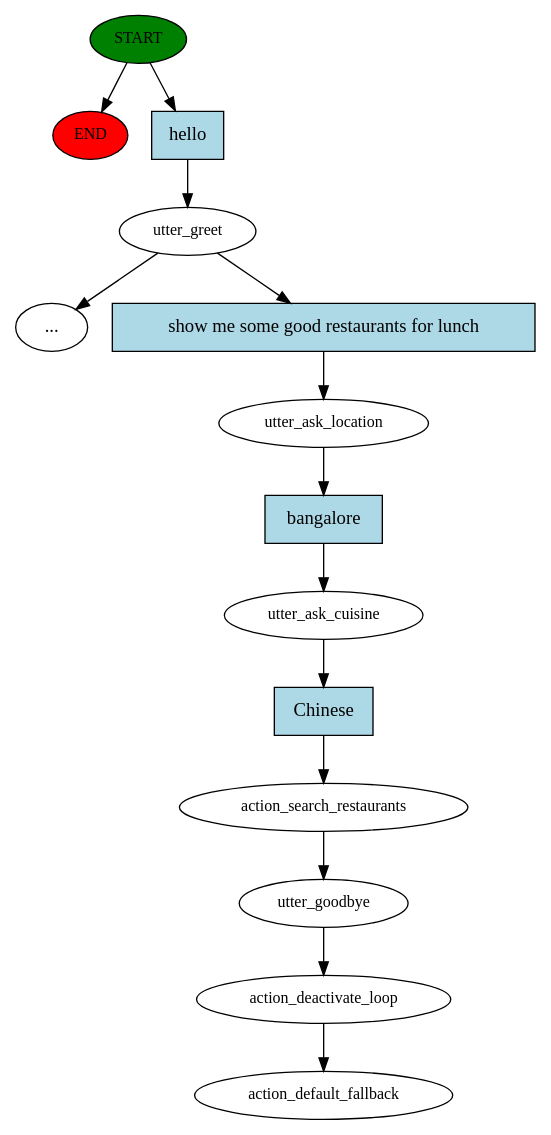
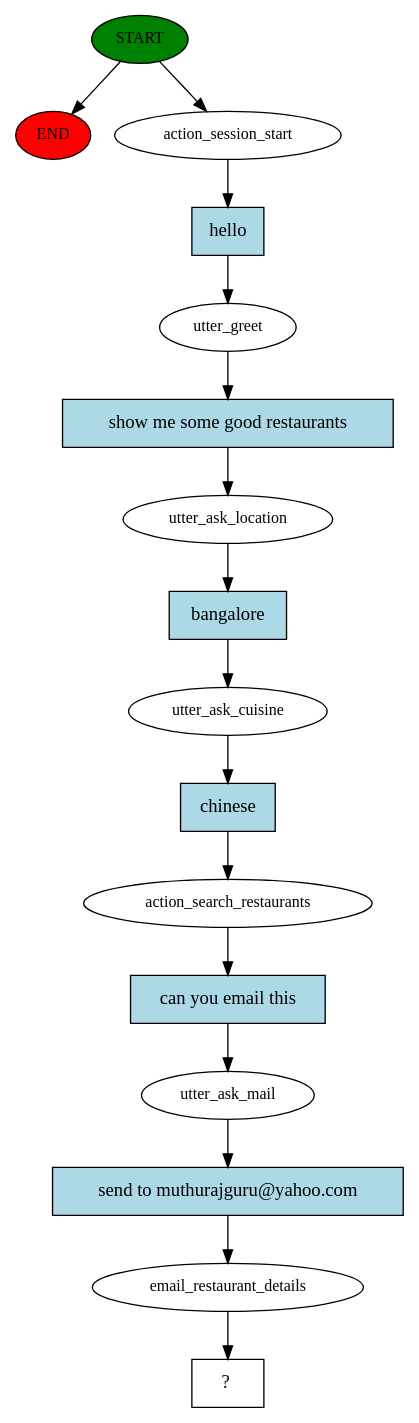
One commit to Kumaraguru-Muthuraj/_AIML_Code changed the diagram in _PythonNotebooks/_Course5_NLP/Rasa/Rasa_basic_folder/story_graph.dot. Above: the diagram before and after it, drawn with Graphviz. The commit also changed 23 other files, not shown here.

```diff
--- a/_PythonNotebooks/_Course5_NLP/Rasa/Rasa_basic_folder/story_graph.dot
+++ b/_PythonNotebooks/_Course5_NLP/Rasa/Rasa_basic_folder/story_graph.dot
@@ -1,29 +1,33 @@
 digraph  {
 0 [class="start active", fillcolor=green, fontsize=12, label=START, style=filled];
 "-1" [class=end, fillcolor=red, fontsize=12, label=END, style=filled];
-1 [class=active, fontsize=12, label=utter_greet];
-"-3" [class=ellipsis, label="..."];
+1 [class=active, fontsize=12, label=action_session_start];
+2 [class=active, fontsize=12, label=utter_greet];
 3 [class=active, fontsize=12, label=utter_ask_location];
 4 [class=active, fontsize=12, label=utter_ask_cuisine];
 5 [class=active, fontsize=12, label=action_search_restaurants];
-6 [class=active, fontsize=12, label=utter_goodbye];
-7 [class=active, fontsize=12, label=action_deactivate_loop];
-8 [class="dashed active", fontsize=12, label=action_default_fallback];
+6 [class=active, fontsize=12, label=utter_ask_mail];
+7 [class=active, fontsize=12, label=email_restaurant_details];
+8 [class="intent dashed active", label="  ?  ", shape=rect];
 9 [class="intent active", fillcolor=lightblue, label=hello, shape=rect, style=filled];
-10 [class="intent active", fillcolor=lightblue, label="show me some good restaurants for lunch", shape=rect, style=filled];
+10 [class="intent active", fillcolor=lightblue, label="show me some good restaurants", shape=rect, style=filled];
 11 [class="intent active", fillcolor=lightblue, label=bangalore, shape=rect, style=filled];
-12 [class="intent active", fillcolor=lightblue, label=Chinese, shape=rect, style=filled];
+12 [class="intent active", fillcolor=lightblue, label=chinese, shape=rect, style=filled];
+13 [class="intent active", fillcolor=lightblue, label="can you email this", shape=rect, style=filled];
+14 [class="intent active", fillcolor=lightblue, label="send to muthurajguru@yahoo.com", shape=rect, style=filled];
 0 -> "-1"  [class="", key=NONE, label=""];
-0 -> 9  [class=active, key=0];
-1 -> "-3"  [class="", key=NONE, label=""];
-1 -> 10  [class=active, key=0];
+0 -> 1  [class=active, key=NONE, label=""];
+1 -> 9  [class=active, key=0];
+2 -> 10  [class=active, key=0];
 3 -> 11  [class=active, key=0];
 4 -> 12  [class=active, key=0];
-5 -> 6  [class=active, key=NONE, label=""];
-6 -> 7  [class=active, key=NONE, label=""];
+5 -> 13  [class=active, key=0];
+6 -> 14  [class=active, key=0];
 7 -> 8  [class=active, key=NONE, label=""];
-9 -> 1  [class=active, key=0];
+9 -> 2  [class=active, key=0];
 10 -> 3  [class=active, key=0];
 11 -> 4  [class=active, key=0];
 12 -> 5  [class=active, key=0];
+13 -> 6  [class=active, key=0];
+14 -> 7  [class=active, key=0];
 }
```
